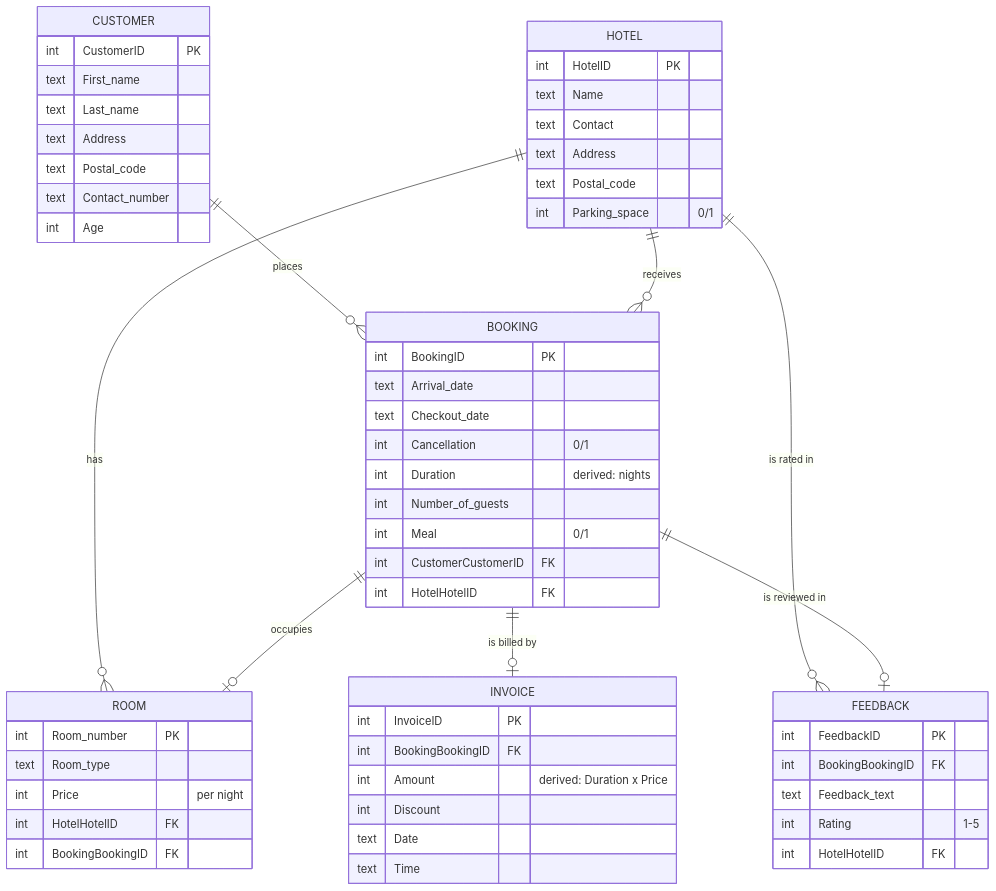
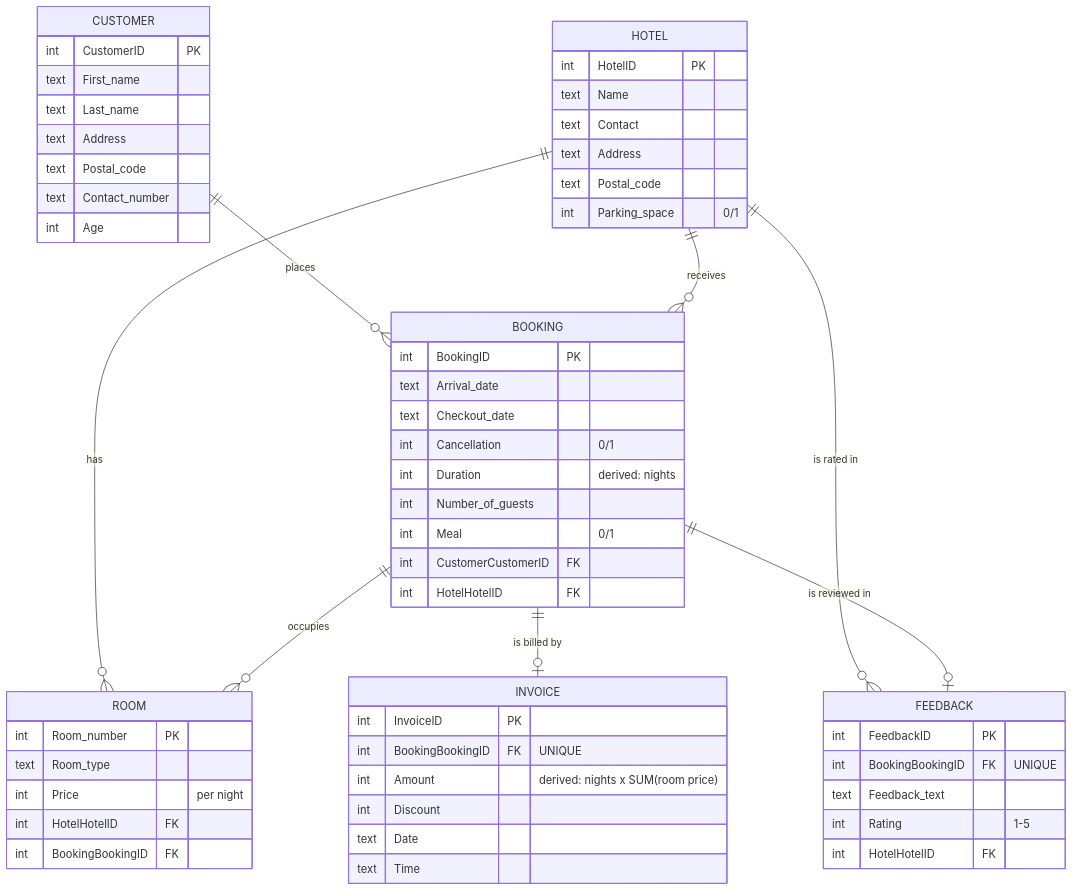
Before and after one commit to sach98/hotel-booking-polyglot-db: the diagram in README.md, drawn with Mermaid. The commit also changed other lines of this file and 7 other files, not shown here.

````diff
--- a/README.md
+++ b/README.md
@@ -40,61 +125,61 @@
 ```mermaid
 erDiagram
     CUSTOMER ||--o{ BOOKING : "places"
     HOTEL    ||--o{ BOOKING : "receives"
     HOTEL    ||--o{ ROOM : "has"
     HOTEL    ||--o{ FEEDBACK : "is rated in"
-    BOOKING  ||--o| ROOM : "occupies"
+    BOOKING  ||--o{ ROOM : "occupies"
     BOOKING  ||--o| INVOICE : "is billed by"
     BOOKING  ||--o| FEEDBACK : "is reviewed in"
 
     CUSTOMER {
         int  CustomerID PK
         text First_name
         text Last_name
         text Address
         text Postal_code
         text Contact_number
         int  Age
     }
     HOTEL {
         int  HotelID PK
         text Name
         text Contact
         text Address
         text Postal_code
         int  Parking_space "0/1"
     }
     BOOKING {
         int  BookingID PK
         text Arrival_date
         text Checkout_date
         int  Cancellation "0/1"
         int  Duration "derived: nights"
         int  Number_of_guests
         int  Meal "0/1"
         int  CustomerCustomerID FK
         int  HotelHotelID FK
     }
     ROOM {
         int  Room_number PK
         text Room_type
         int  Price "per night"
         int  HotelHotelID FK
         int  BookingBookingID FK
     }
     INVOICE {
         int  InvoiceID PK
-        int  BookingBookingID FK
-        int  Amount "derived: Duration x Price"
+        int  BookingBookingID FK "UNIQUE"
+        int  Amount "derived: nights x SUM(room price)"
         int  Discount
         text Date
         text Time
     }
     FEEDBACK {
         int  FeedbackID PK
-        int  BookingBookingID FK
+        int  BookingBookingID FK "UNIQUE"
         text Feedback_text
         int  Rating "1-5"
         int  HotelHotelID FK
     }
 ```
````
